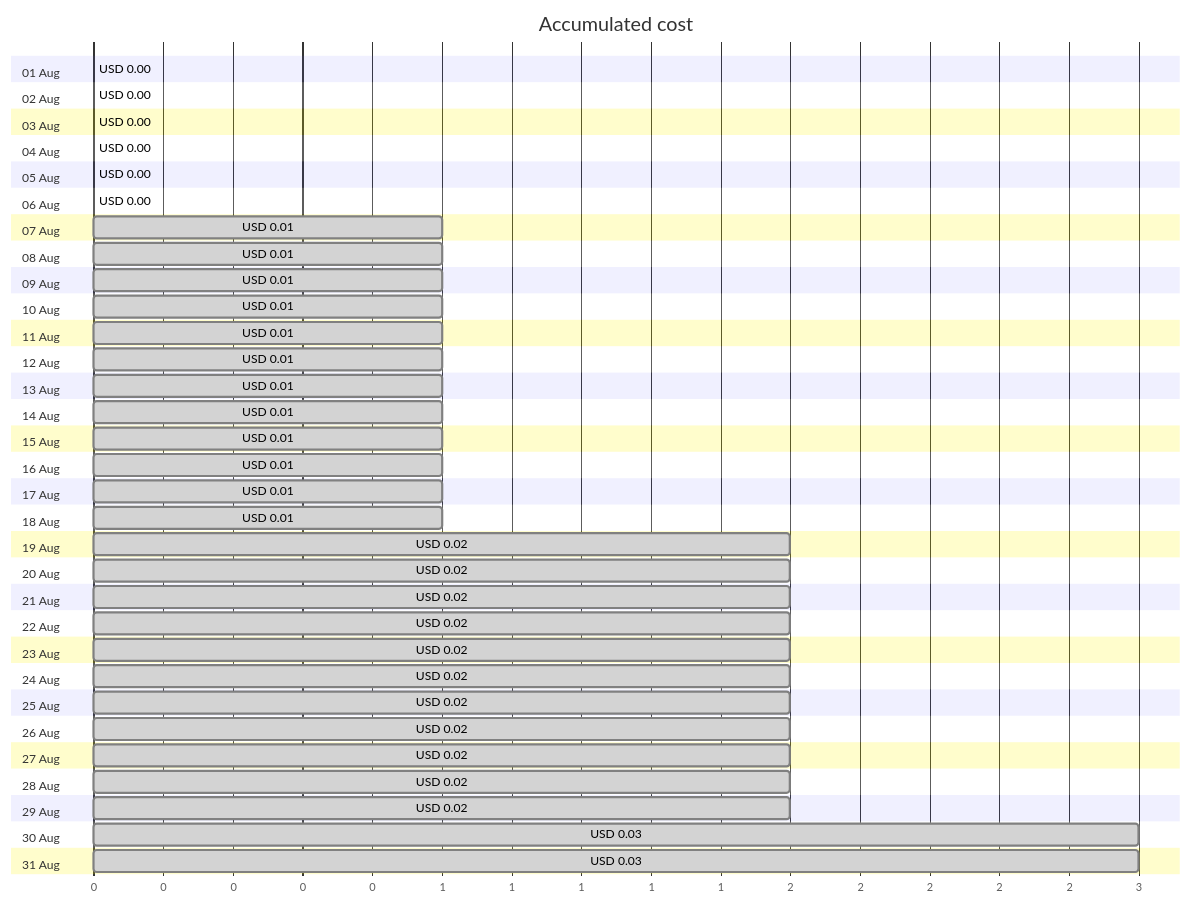
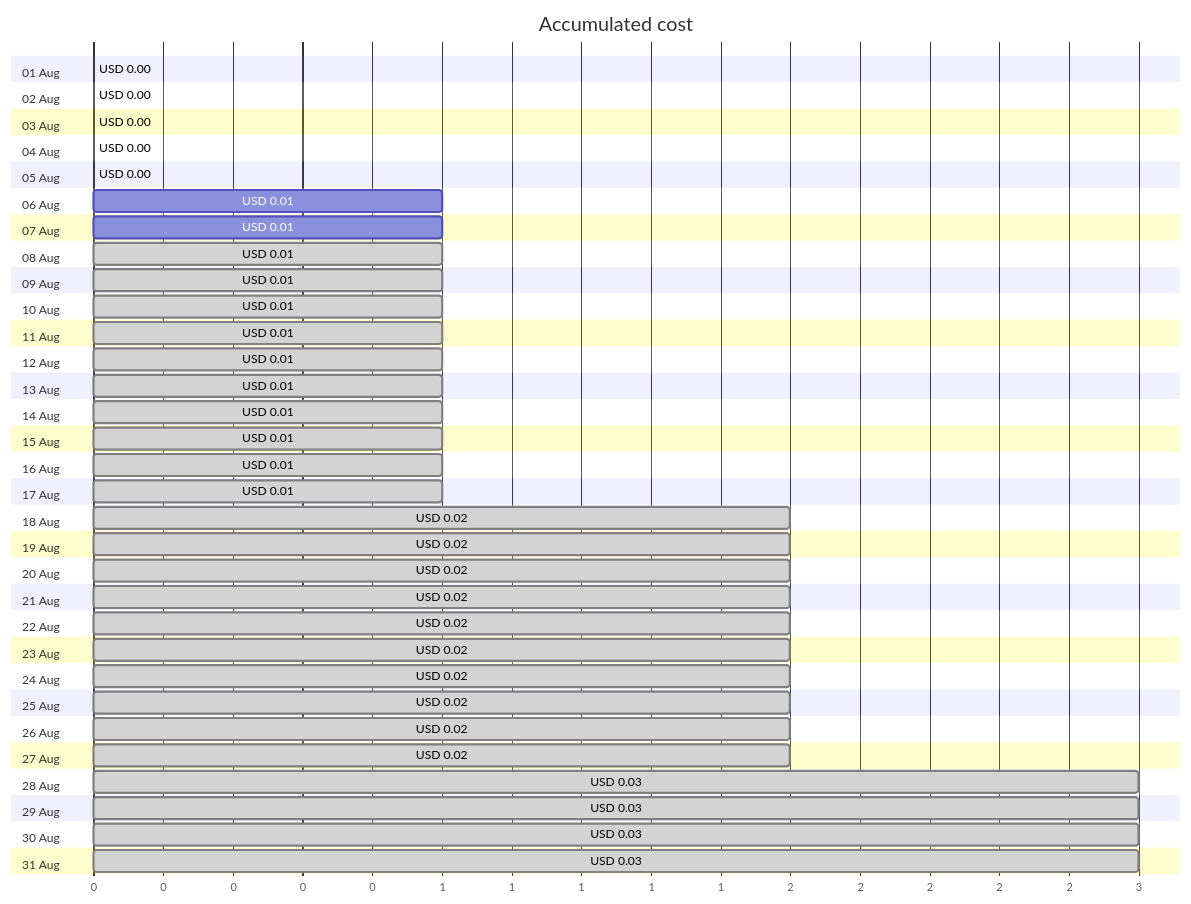
Before and after one commit to jpfulton/azure-personal-reports: the first of 4 diagrams in cost-reports/personal-site/personalsiteapistorage.md, drawn with Mermaid. The commit also changed other lines of this file and 6 other files, not shown here.

````diff
--- a/cost-reports/personal-site/personalsiteapistorage.md
+++ b/cost-reports/personal-site/personalsiteapistorage.md
@@ -20,68 +20,68 @@
 ```mermaid
 gantt
    title Accumulated cost
    dateFormat  X
    axisFormat %s
    section 01 Aug
    USD 0.00 :0, 0
    section 02 Aug
    USD 0.00 :0, 0
    section 03 Aug
    USD 0.00 :0, 0
    section 04 Aug
    USD 0.00 :0, 0
    section 05 Aug
    USD 0.00 :0, 0
    section 06 Aug
-   USD 0.00 :0, 0
+   USD 0.01 :0, 1
    section 07 Aug
-   USD 0.01 : done, 0, 1
+   USD 0.01 :0, 1
    section 08 Aug
    USD 0.01 : done, 0, 1
    section 09 Aug
    USD 0.01 : done, 0, 1
    section 10 Aug
    USD 0.01 : done, 0, 1
    section 11 Aug
    USD 0.01 : done, 0, 1
    section 12 Aug
    USD 0.01 : done, 0, 1
    section 13 Aug
    USD 0.01 : done, 0, 1
    section 14 Aug
    USD 0.01 : done, 0, 1
    section 15 Aug
    USD 0.01 : done, 0, 1
    section 16 Aug
    USD 0.01 : done, 0, 1
    section 17 Aug
    USD 0.01 : done, 0, 1
    section 18 Aug
-   USD 0.01 : done, 0, 1
+   USD 0.02 : done, 0, 2
    section 19 Aug
    USD 0.02 : done, 0, 2
    section 20 Aug
    USD 0.02 : done, 0, 2
    section 21 Aug
    USD 0.02 : done, 0, 2
    section 22 Aug
    USD 0.02 : done, 0, 2
    section 23 Aug
    USD 0.02 : done, 0, 2
    section 24 Aug
    USD 0.02 : done, 0, 2
    section 25 Aug
    USD 0.02 : done, 0, 2
    section 26 Aug
    USD 0.02 : done, 0, 2
    section 27 Aug
    USD 0.02 : done, 0, 2
    section 28 Aug
-   USD 0.02 : done, 0, 2
+   USD 0.03 : done, 0, 3
    section 29 Aug
-   USD 0.02 : done, 0, 2
+   USD 0.03 : done, 0, 3
    section 30 Aug
    USD 0.03 : done, 0, 3
    section 31 Aug
    USD 0.03 : done, 0, 3
 ```
````
